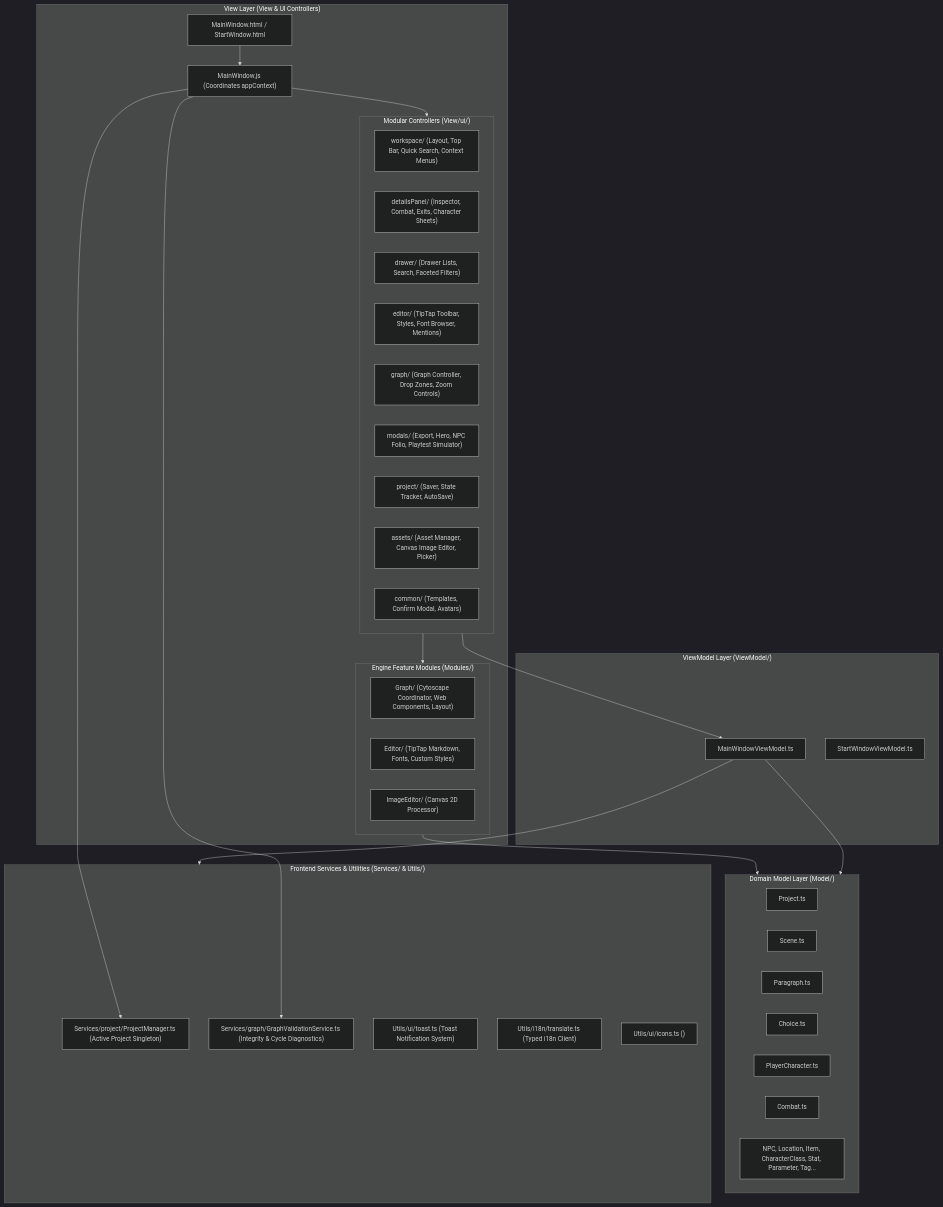
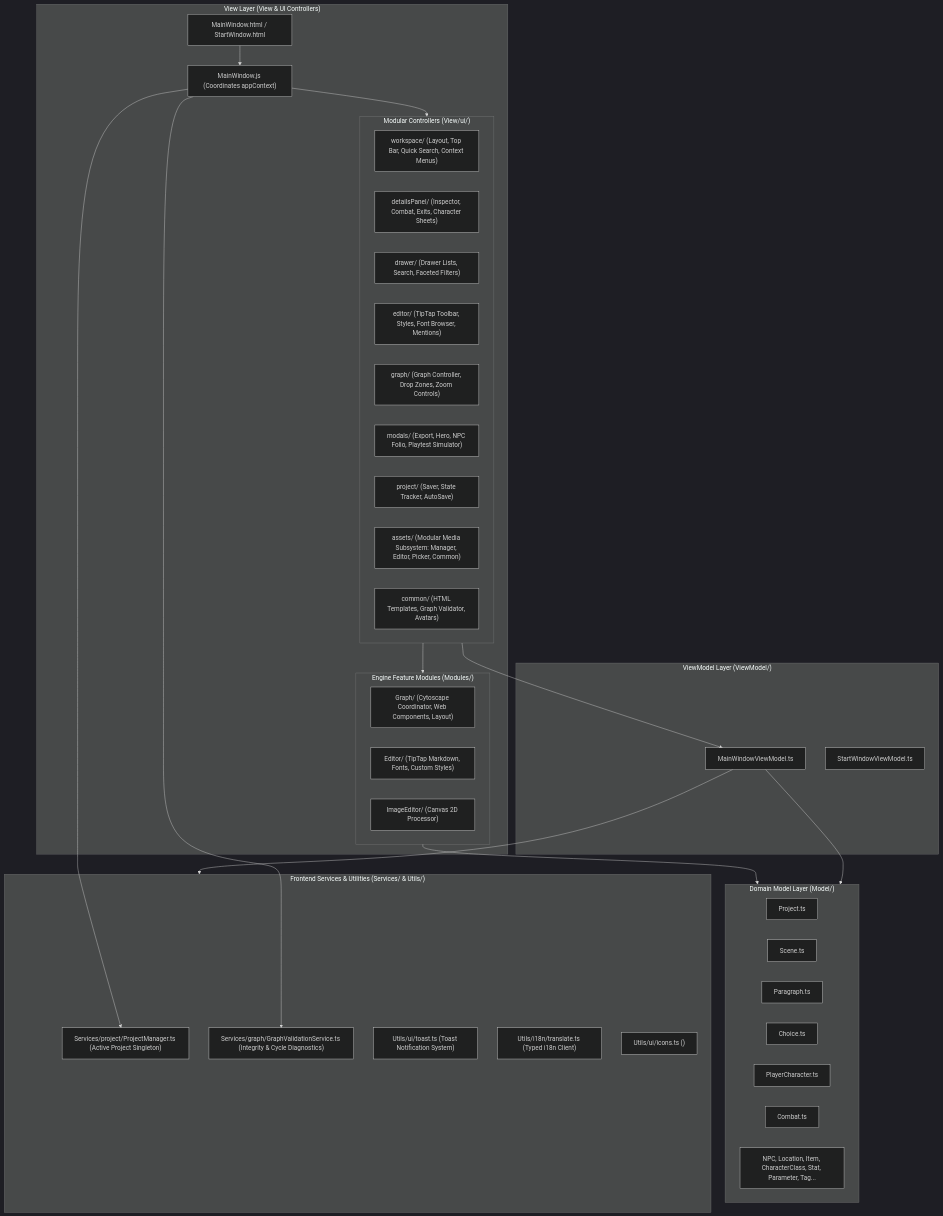
Before and after one commit to mountain-bit/Nidavellir: the first of 2 diagrams in docs/FRONTEND_ARCHITECTURE.md, drawn with Mermaid (dark theme). The commit also changed other lines of this file and 3 other files, not shown here.

````diff
--- a/docs/FRONTEND_ARCHITECTURE.md
+++ b/docs/FRONTEND_ARCHITECTURE.md
@@ -11,57 +11,57 @@
 ```mermaid
 graph TD
     subgraph ViewLayer["View Layer (View & UI Controllers)"]
         HTML["MainWindow.html / StartWindow.html"]
         MainController["MainWindow.js (Coordinates appContext)"]
         
         subgraph UIControllers["Modular Controllers (View/ui/)"]
             WorkspaceCtrl["workspace/ (Layout, Top Bar, Quick Search, Context Menus)"]
             DetailsCtrl["detailsPanel/ (Inspector, Combat, Exits, Character Sheets)"]
             DrawerCtrl["drawer/ (Drawer Lists, Search, Faceted Filters)"]
             EditorCtrl["editor/ (TipTap Toolbar, Styles, Font Browser, Mentions)"]
             GraphCtrl["graph/ (Graph Controller, Drop Zones, Zoom Controls)"]
             ModalsCtrl["modals/ (Export, Hero, NPC Folio, Playtest Simulator)"]
             ProjectCtrl["project/ (Saver, State Tracker, AutoSave)"]
-            AssetsCtrl["assets/ (Asset Manager, Canvas Image Editor, Picker)"]
-            CommonCtrl["common/ (Templates, Confirm Modal, Avatars)"]
+            AssetsCtrl["assets/ (Modular Media Subsystem: Manager, Editor, Picker, Common)"]
+            CommonCtrl["common/ (HTML Templates, Graph Validator, Avatars)"]
         end
 
         subgraph FeatureModules["Engine Feature Modules (Modules/)"]
             StoryGraph["Graph/ (Cytoscape Coordinator, Web Components, Layout)"]
             MarkdownEditor["Editor/ (TipTap Markdown, Fonts, Custom Styles)"]
             ImageProcessor["ImageEditor/ (Canvas 2D Processor)"]
         end
     end
 
     subgraph ViewModelLayer["ViewModel Layer (ViewModel/)"]
         MainVM["MainWindowViewModel.ts"]
         StartVM["StartWindowViewModel.ts"]
     end
 
     subgraph ModelLayer["Domain Model Layer (Model/)"]
         ProjectModel["Project.ts"]
         SceneModel["Scene.ts"]
         ParagraphModel["Paragraph.ts"]
         ChoiceModel["Choice.ts"]
         PlayerCharModel["PlayerCharacter.ts"]
         CombatModel["Combat.ts"]
         EntityModels["NPC, Location, Item, CharacterClass, Stat, Parameter, Tag..."]
     end
 
     subgraph FrontendServices["Frontend Services & Utilities (Services/ & Utils/)"]
         ProjectMgr["Services/project/ProjectManager.ts (Active Project Singleton)"]
         GraphVal["Services/graph/GraphValidationService.ts (Integrity & Cycle Diagnostics)"]
         ToastMgr["Utils/ui/toast.ts (Toast Notification System)"]
         TranslateMgr["Utils/i18n/translate.ts (Typed i18n Client)"]
         IconComponent["Utils/ui/icons.ts (<app-icon>)"]
     end
 
     HTML --> MainController
     MainController --> UIControllers
     UIControllers --> MainVM
     UIControllers --> FeatureModules
     FeatureModules --> ModelLayer
     MainVM --> ModelLayer
     MainVM --> FrontendServices
     MainController --> ProjectMgr & GraphVal
 ```
````
